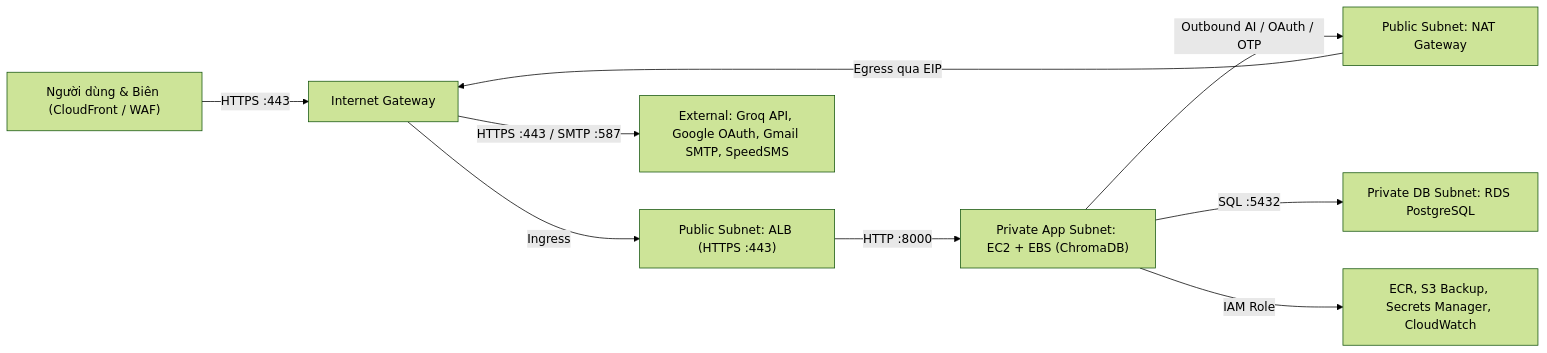
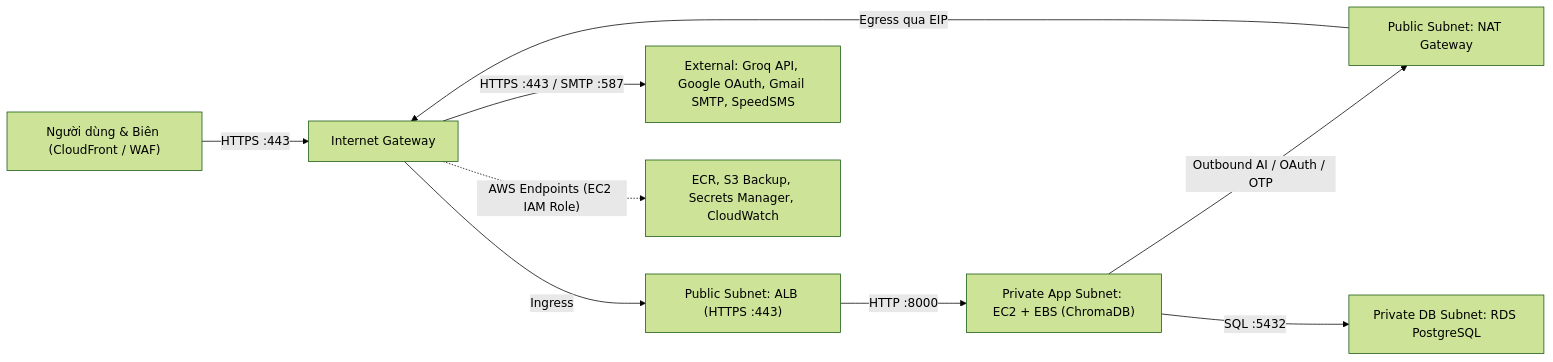
One commit to khiemdong2005/workshop_NguyenThanhKhiem changed the diagram in content/5-Workshop/5.3-AWS-Infrastructure/_index.vi.md. Above: the diagram before and after it, drawn with Mermaid (forest theme). The commit also changed 7 other files, not shown here.

Commit message:
docs(workshop): fix 5.4.4 facility/chat JSON & OCR headings, 5.6 empty-bucket guard, 5.3 IGW->AWS arrow, and 5.4.2 host uid

```diff
--- a/content/5-Workshop/5.3-AWS-Infrastructure/_index.vi.md
+++ b/content/5-Workshop/5.3-AWS-Infrastructure/_index.vi.md
@@ -19,11 +19,11 @@
 {{< mermaid >}}
 graph LR
     USER["Người dùng & Biên (CloudFront / WAF)"] -->|"HTTPS :443"| IGW["Internet Gateway"]
     IGW -->|"Ingress"| ALB["Public Subnet: ALB (HTTPS :443)"]
     ALB -->|"HTTP :8000"| EC2["Private App Subnet: EC2 + EBS (ChromaDB)"]
     EC2 -->|"Outbound AI / OAuth / OTP"| NAT["Public Subnet: NAT Gateway"]
     NAT -->|"Egress qua EIP"| IGW
     IGW -->|"HTTPS :443 / SMTP :587"| EXT["External: Groq API, Google OAuth, Gmail SMTP, SpeedSMS"]
     EC2 -->|"SQL :5432"| RDS["Private DB Subnet: RDS PostgreSQL"]
-    EC2 -->|"IAM Role"| AWS["ECR, S3 Backup, Secrets Manager, CloudWatch"]
+    IGW -.->|"AWS Endpoints (EC2 IAM Role)"| AWS["ECR, S3 Backup, Secrets Manager, CloudWatch"]
 {{< /mermaid >}}
```
